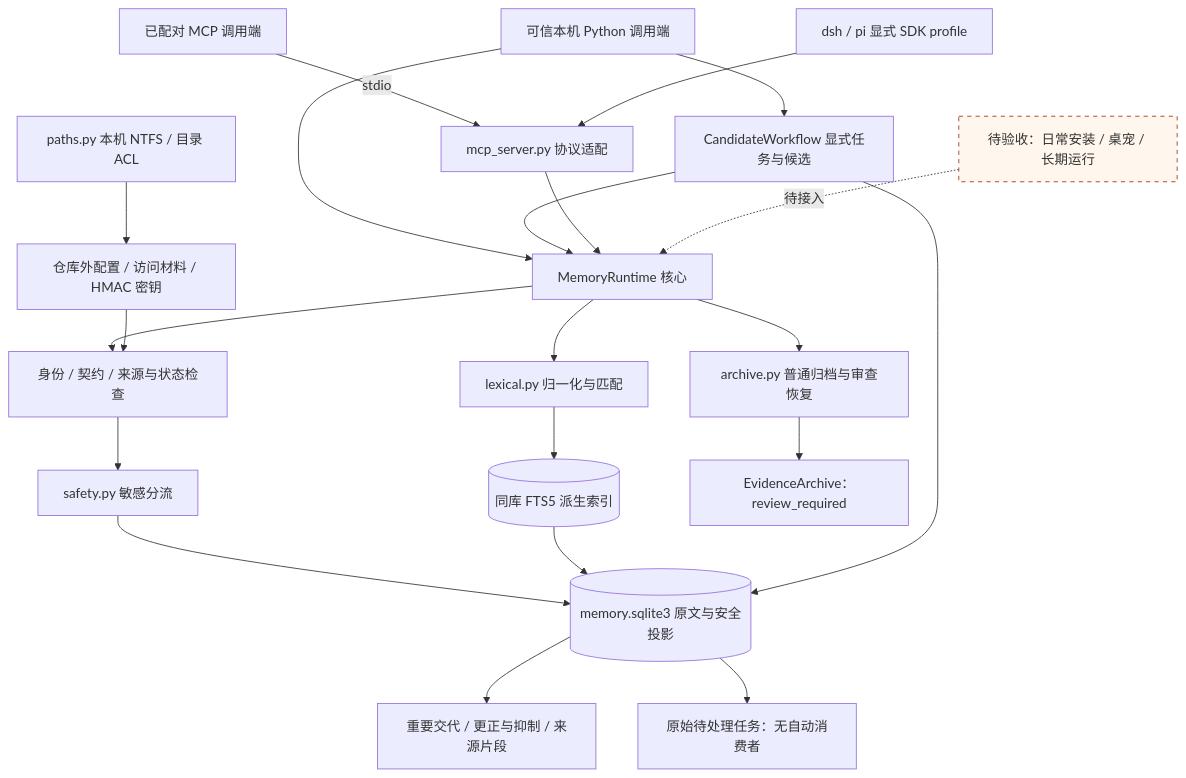
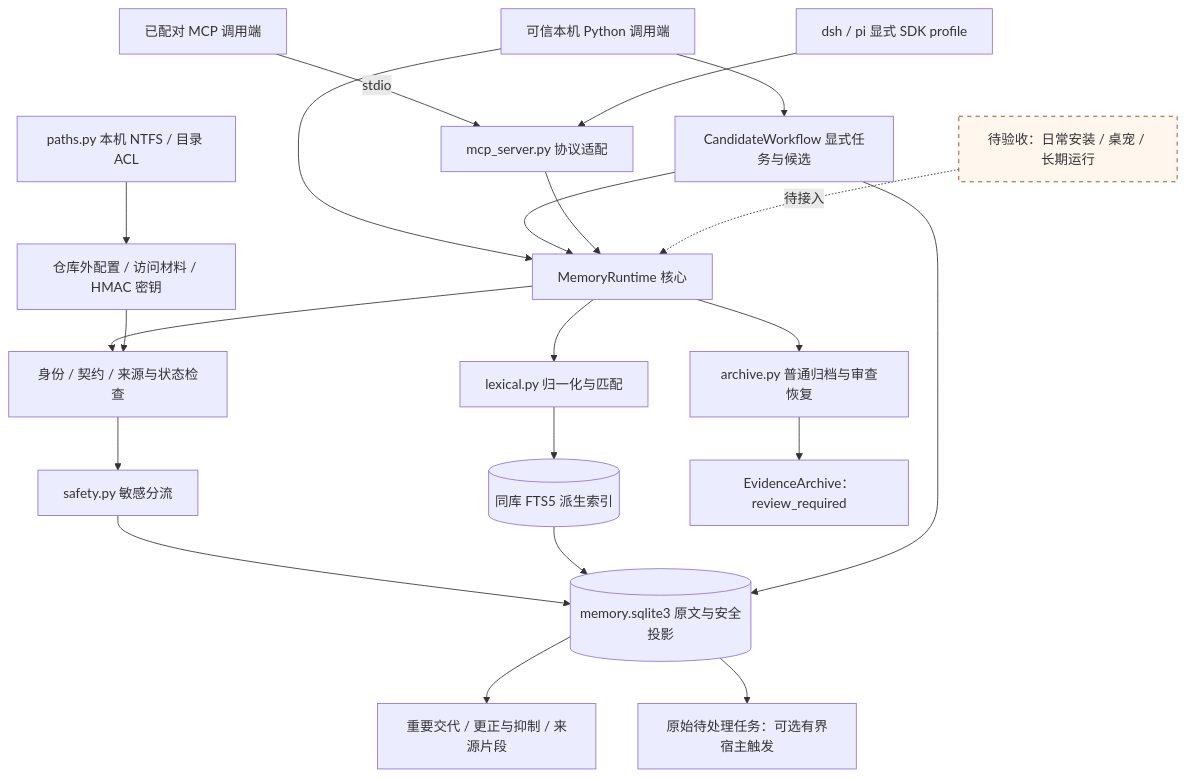
Before and after one commit to destinyTaoTao/evernook: the first of 5 diagrams in docs/current-architecture.md, drawn with Mermaid. The commit also changed other lines of this file and 20 other files, not shown here.

````diff
--- a/docs/current-architecture.md
+++ b/docs/current-architecture.md
@@ -9,25 +9,25 @@
 ```mermaid
 flowchart TB
     Python[可信本机 Python 调用端] --> Runtime[MemoryRuntime 核心]
     Python --> Candidates[CandidateWorkflow 显式任务与候选]
     Candidates --> Runtime
     Client[已配对 MCP 调用端] -->|stdio| MCP[mcp_server.py 协议适配]
     MCP --> Runtime
     Runtime --> Auth[身份 / 契约 / 来源与状态检查]
     Auth --> Safety[safety.py 敏感分流]
     Safety --> Ledger[(memory.sqlite3 原文与安全投影)]
     Runtime --> Lexical[lexical.py 归一化与匹配]
     Lexical --> Index[(同库 FTS5 派生索引)]
     Index --> Ledger
     Ledger --> State[重要交代 / 更正与抑制 / 来源片段]
-    Ledger --> Jobs[原始待处理任务：无自动消费者]
+    Ledger --> Jobs[原始待处理任务：可选有界宿主触发]
     Candidates --> Ledger
     Runtime --> Archive[archive.py 普通归档与审查恢复]
     Archive --> Review[EvidenceArchive：review_required]
     Files[仓库外配置 / 访问材料 / HMAC 密钥] --> Auth
     Paths[paths.py 本机 NTFS / 目录 ACL] --> Files
     Adapters[dsh / pi 显式 SDK profile] --> MCP
     Future[待验收：日常安装 / 桌宠 / 长期运行] -. 待接入 .-> Runtime
     classDef planned fill:#fff7ed,stroke:#9a3412,stroke-dasharray:5 5
     class Future planned
 ```
````
